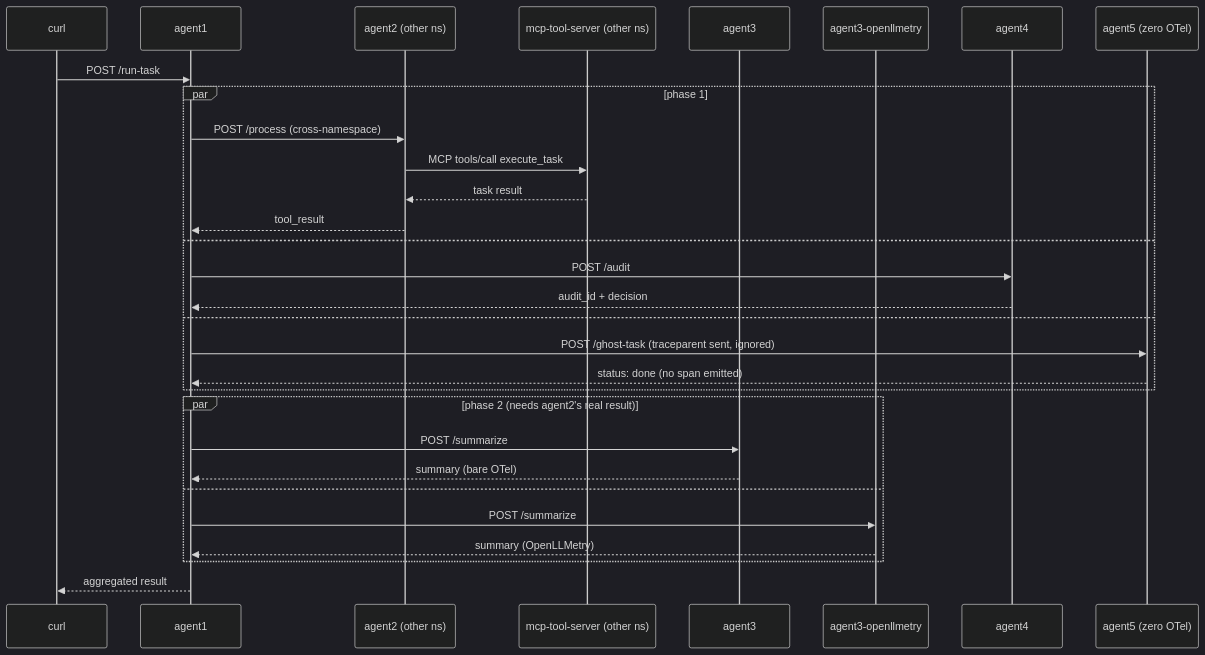
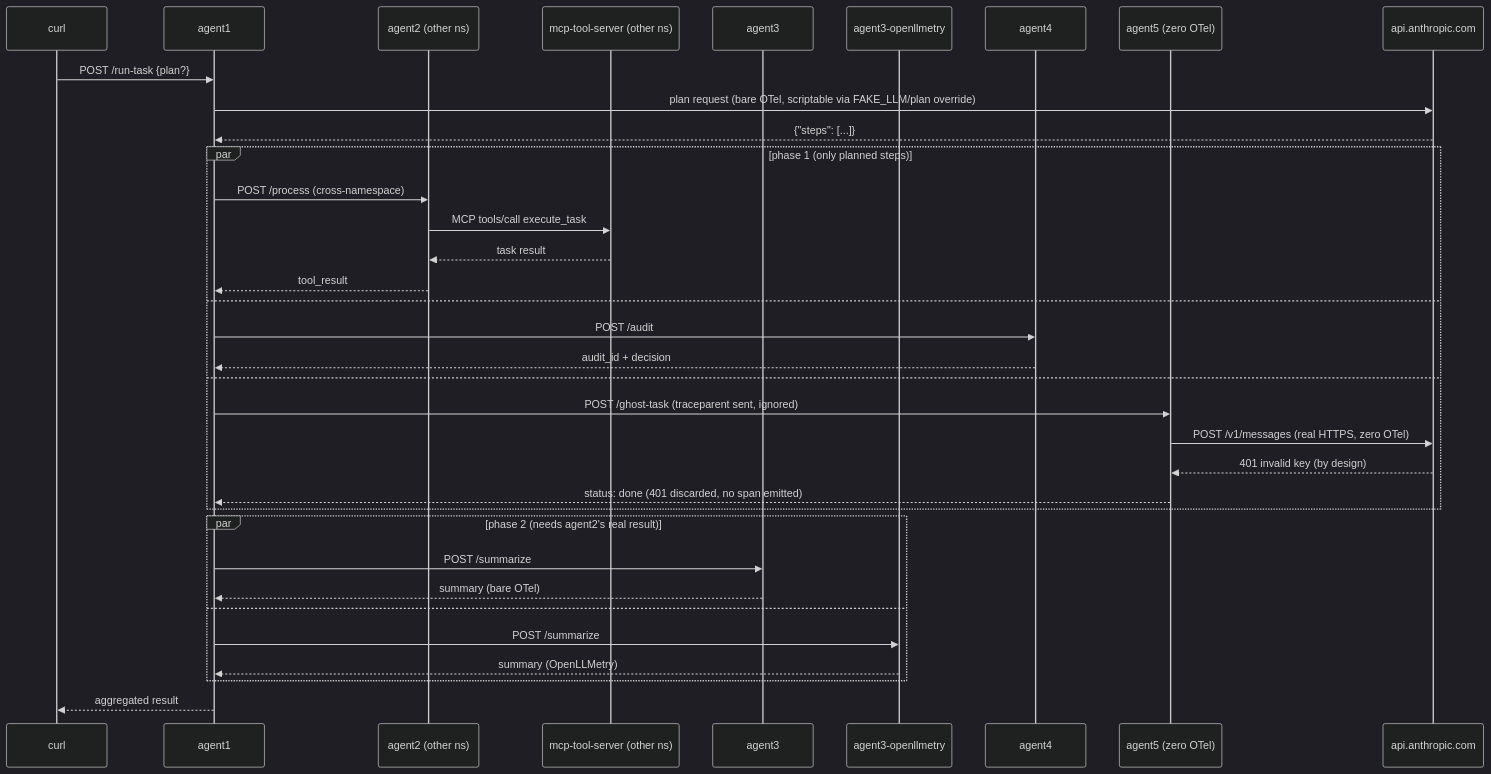
The second of 3 diagrams in README.md (sf-matt/mcp-agent-tracing), drawn with Mermaid (dark theme) before and after one commit. The commit also changed other lines of this file and 11 other files, not shown here.

First line of the commit message:
Give agent1 a scriptable LLM planning step, agent5 a real (silently-discarded) LLM call, and fix k8s attribute enrichment on OTel spans

````diff
--- a/README.md
+++ b/README.md
@@ -91,33 +67,38 @@
 ```mermaid
 sequenceDiagram
     participant U as curl
     participant A1 as agent1
     participant A2 as agent2 (other ns)
     participant M as mcp-tool-server (other ns)
     participant A3 as agent3
     participant A3O as agent3-openllmetry
     participant A4 as agent4
     participant A5 as agent5 (zero OTel)
+    participant LLM as api.anthropic.com
 
-    U->>A1: POST /run-task
-    par phase 1
+    U->>A1: POST /run-task {plan?}
+    A1->>LLM: plan request (bare OTel, scriptable via FAKE_LLM/plan override)
+    LLM-->>A1: {"steps": [...]}
+    par phase 1 (only planned steps)
         A1->>A2: POST /process (cross-namespace)
         A2->>M: MCP tools/call execute_task
         M-->>A2: task result
         A2-->>A1: tool_result
     and
         A1->>A4: POST /audit
         A4-->>A1: audit_id + decision
     and
         A1->>A5: POST /ghost-task (traceparent sent, ignored)
-        A5-->>A1: status: done (no span emitted)
+        A5->>LLM: POST /v1/messages (real HTTPS, zero OTel)
+        LLM-->>A5: 401 invalid key (by design)
+        A5-->>A1: status: done (401 discarded, no span emitted)
     end
     par phase 2 (needs agent2's real result)
         A1->>A3: POST /summarize
         A3-->>A1: summary (bare OTel)
     and
         A1->>A3O: POST /summarize
         A3O-->>A1: summary (OpenLLMetry)
     end
     A1-->>U: aggregated result
 ```
````
